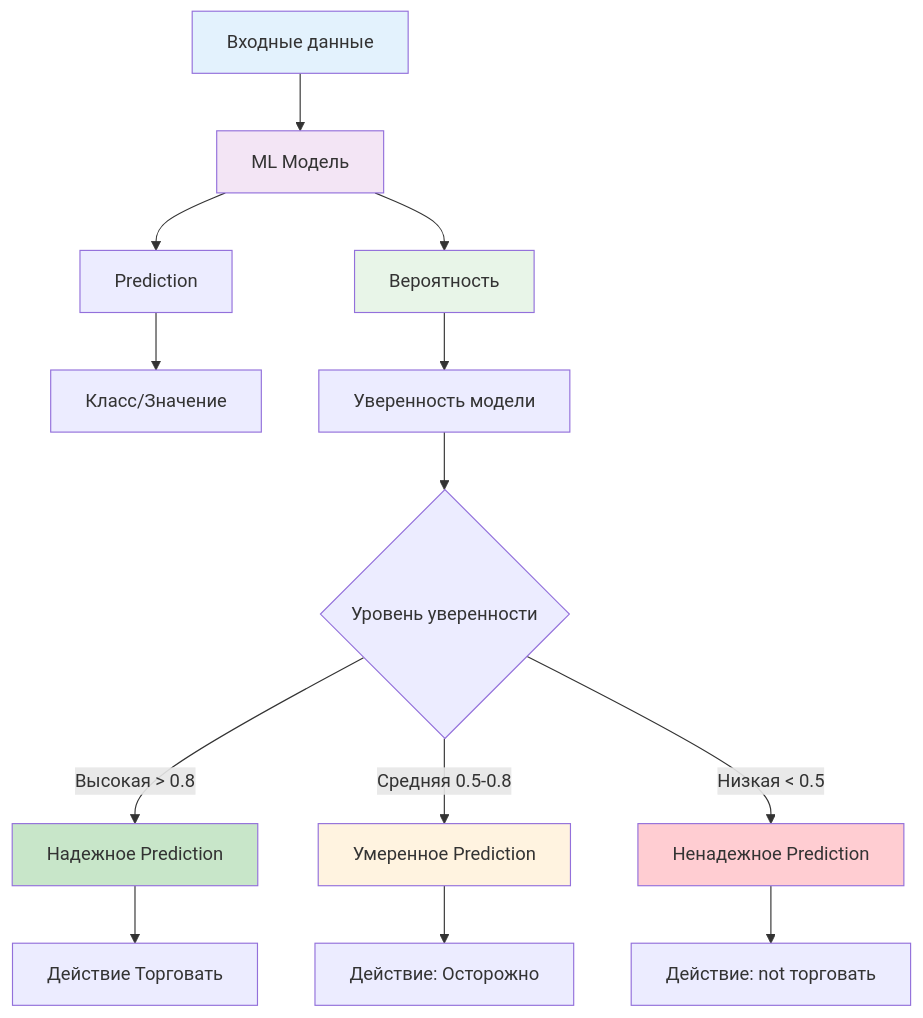
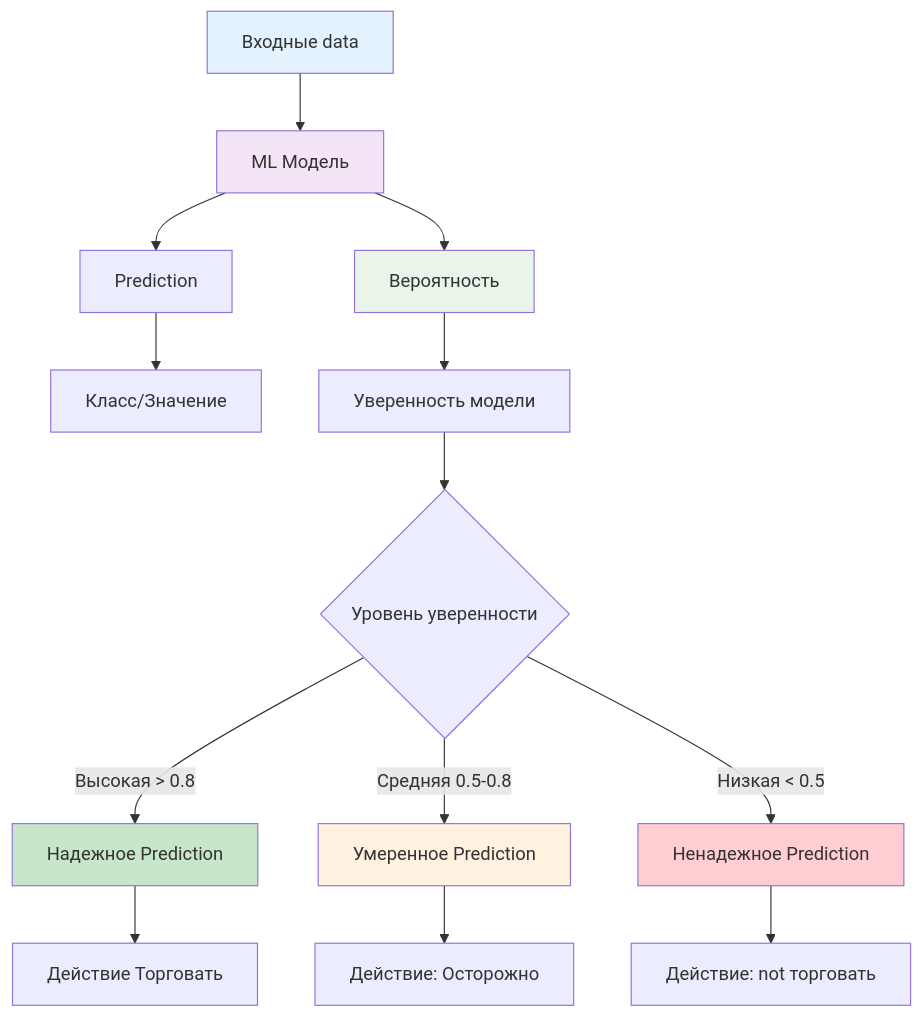
Before and after one commit to NeoZorK/neozork-hld-prediction: the first of 8 diagrams in docs/automl/gluon/26_probability_usage_guide.md, drawn with Mermaid. The commit also changed other lines of this file and 108 other files, not shown here.

````diff
--- a/docs/automl/gluon/26_probability_usage_guide.md
+++ b/docs/automl/gluon/26_probability_usage_guide.md
@@ -38,25 +38,25 @@
 ```mermaid
 graph TD
- A[Входные данные] --> B[ML Модель]
+ A[Входные data] --> B[ML Модель]
  B --> C[Prediction]
  B --> D[Вероятность]
 
  C --> E[Класс/Значение]
  D --> F[Уверенность модели]
 
  F --> G{Уровень уверенности}
  G -->|Высокая > 0.8| H[Надежное Prediction]
  G -->|Средняя 0.5-0.8| I[Умеренное Prediction]
  G -->|Низкая < 0.5| J[Ненадежное Prediction]
 
  H --> K[Действие Торговать]
  I --> L[Действие: Осторожно]
  J --> M[Действие: not торговать]
 
  style A fill:#e3f2fd
  style B fill:#f3e5f5
  style D fill:#e8f5e8
  style H fill:#c8e6c9
  style I fill:#fff3e0
  style J fill:#ffcdd2
 ```
````
